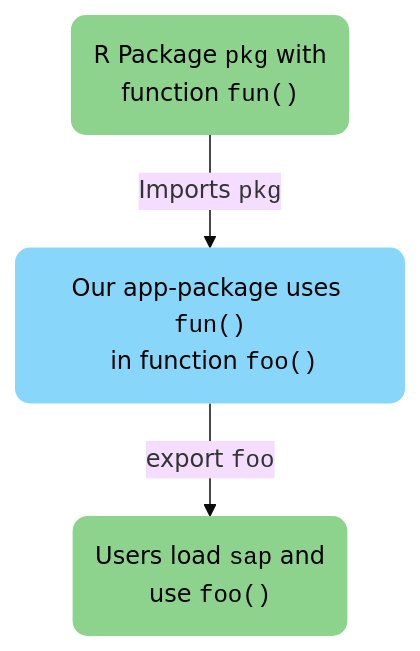
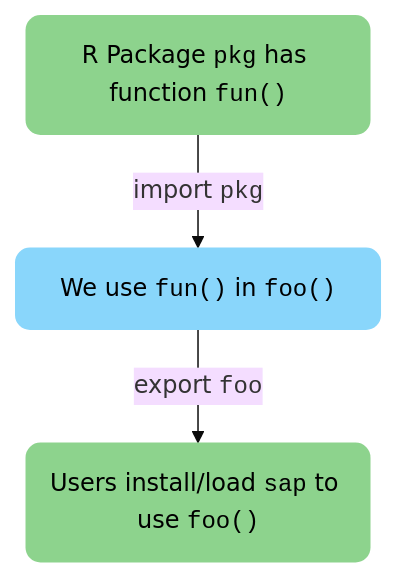
Before and after one commit to mjfrigaard/shiny-app-pkgs: the first of 3 diagrams in dependencies.qmd, drawn with Mermaid. The commit also changed other lines of this file and 85 other files, not shown here.

Commit message:
fix mermaid charts

````diff
--- a/dependencies.qmd
+++ b/dependencies.qmd
@@ -100,18 +100,18 @@
 ```{mermaid}
 %%| fig-width: 6.5
 %%| fig-align: center
 %%| fig-cap: 'The `NAMESPACE` and `DESCRIPTION` handle package dependencies'
 %%{init: {'theme': 'base', 'themeVariables': { 'fontFamily': 'Inconsolata'}}}%%
 flowchart TD
-    sap["Our app-package uses <code>fun()</code>\n in function <code>foo()</code>"]
-    Pkg("R Package <code>pkg</code> with \nfunction <code>fun()</code>")
-    Users("Users load <code>sap</code> and \nuse <code>foo()</code>")
+    sap["We use <code>fun()</code> in <code>foo()</code>"]
+    Pkg("R Package <code>pkg</code> has function <code>fun()</code>")
+    Users("Users install/load <code>sap</code> to use <code>foo()</code>")
 
-    Pkg -->|Imports <code>pkg</code>| sap
+    Pkg -->|import <code>pkg</code>| sap
     sap -->|export <code>foo</code>| Users
     
     style sap fill:#89D6FB,color:#000000,stroke:none,rx:10,ry:10;
     style Pkg fill:#8dd38d,color:#000000,stroke:none,rx:10,ry:10;
     style Users fill:#8dd38d,color:#000000,stroke:none,rx:10,ry:10;
 
 ```
````
